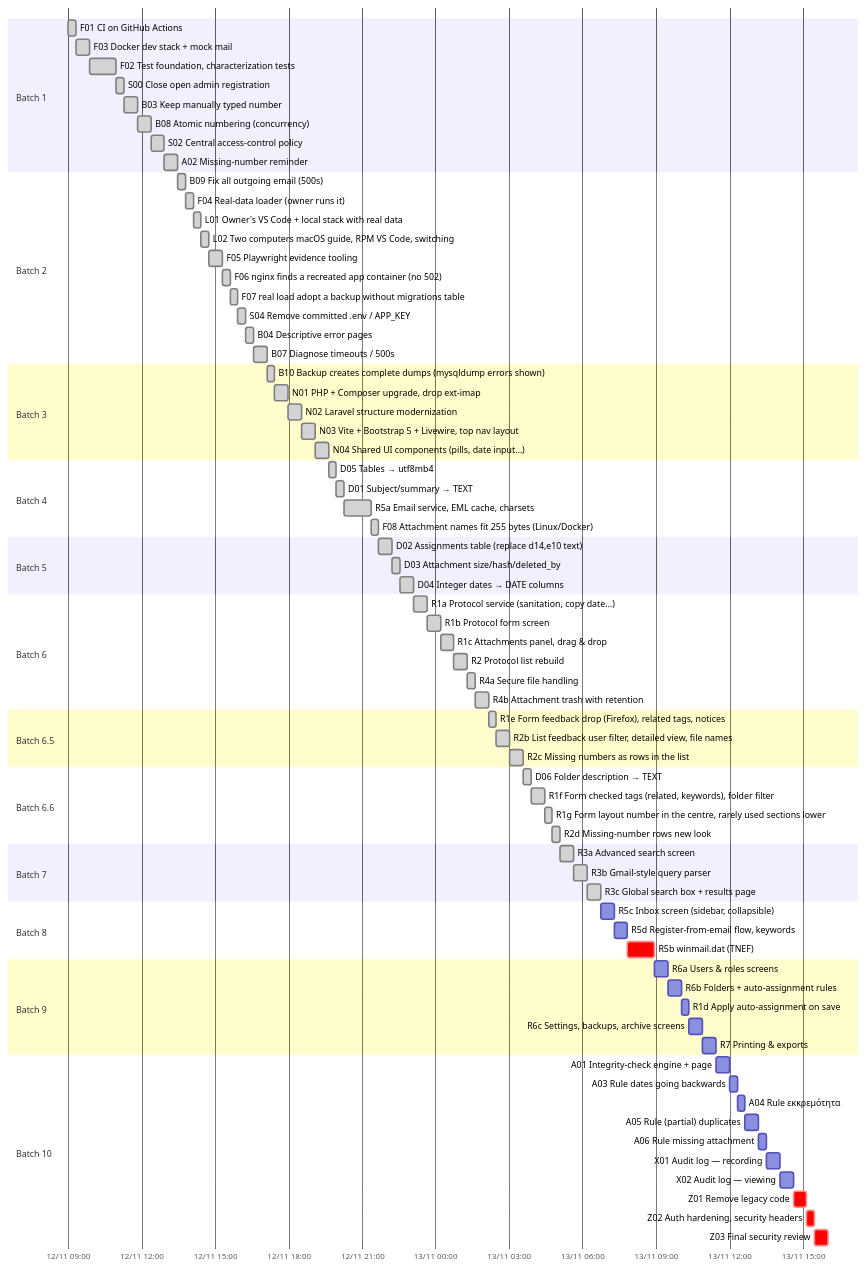
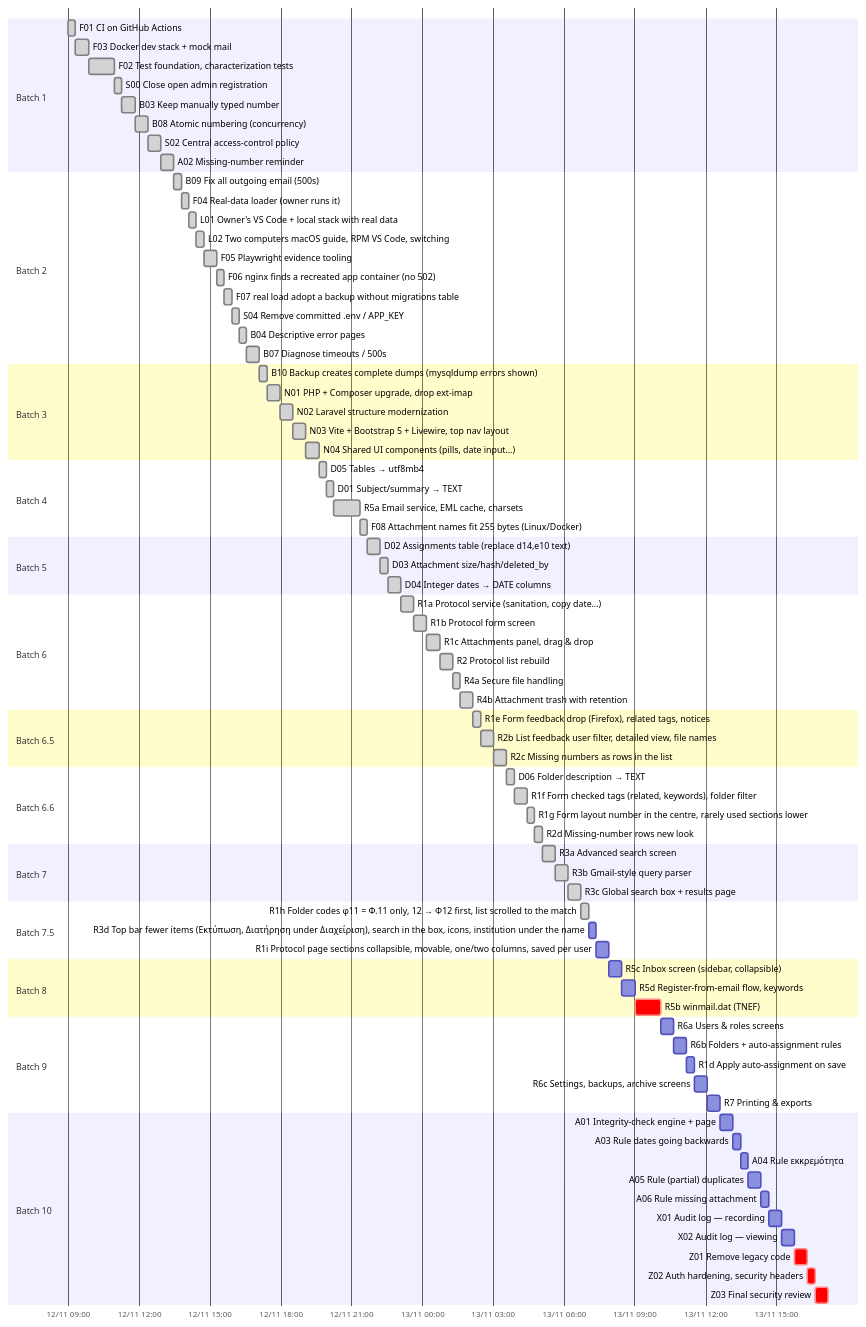
Before and after one commit to dipelaserasmus-del/electronic_protocol: the second of 2 diagrams in docs/plan/PROGRESS.md, drawn with Mermaid. The commit also changed other lines of this file and 16 other files, not shown here.

First line of the commit message:
R1h: folder codes as typed (φ11 = Φ.11 only; 12 → Φ12 first)

````diff
--- a/docs/plan/PROGRESS.md
+++ b/docs/plan/PROGRESS.md
@@ -280,25 +287,29 @@
   R3a Advanced search screen :done, r3a, 2026-11-13 05:05, 33m
   R3b Gmail-style query parser :done, r3b, 2026-11-13 05:38, 33m
   R3c Global search box + results page :done, r3c, 2026-11-13 06:11, 33m
+  section Batch 7.5
+  R1h Folder codes  φ11 = Φ.11 only, 12 → Φ12 first, list scrolled to the match :done, r1h, 2026-11-13 06:44, 19m
+  R3d Top bar  fewer items (Εκτύπωση, Διατήρηση under Διαχείριση), search in the box, icons, institution under the name :r3d, 2026-11-13 07:03, 19m
+  R1i Protocol page sections  collapsible, movable, one/two columns, saved per user :r1i, 2026-11-13 07:22, 33m
   section Batch 8
-  R5c Inbox screen (sidebar, collapsible) :r5c, 2026-11-13 06:44, 33m
-  R5d Register-from-email flow, keywords :r5d, 2026-11-13 07:17, 33m
-  R5b winmail.dat (TNEF) :crit, r5b, 2026-11-13 07:50, 66m
+  R5c Inbox screen (sidebar, collapsible) :r5c, 2026-11-13 07:55, 33m
+  R5d Register-from-email flow, keywords :r5d, 2026-11-13 08:28, 33m
+  R5b winmail.dat (TNEF) :crit, r5b, 2026-11-13 09:01, 66m
   section Batch 9
-  R6a Users & roles screens :r6a, 2026-11-13 08:56, 33m
-  R6b Folders + auto-assignment rules :r6b, 2026-11-13 09:29, 33m
-  R1d Apply auto-assignment on save :r1d, 2026-11-13 10:02, 19m
-  R6c Settings, backups, archive screens :r6c, 2026-11-13 10:21, 33m
-  R7 Printing & exports :r7, 2026-11-13 10:54, 33m
+  R6a Users & roles screens :r6a, 2026-11-13 10:07, 33m
+  R6b Folders + auto-assignment rules :r6b, 2026-11-13 10:40, 33m
+  R1d Apply auto-assignment on save :r1d, 2026-11-13 11:13, 19m
+  R6c Settings, backups, archive screens :r6c, 2026-11-13 11:32, 33m
+  R7 Printing & exports :r7, 2026-11-13 12:05, 33m
   section Batch 10
-  A01 Integrity-check engine + page :a01, 2026-11-13 11:27, 33m
-  A03 Rule  dates going backwards :a03, 2026-11-13 12:00, 19m
-  A04 Rule  εκκρεμότητα :a04, 2026-11-13 12:19, 19m
-  A05 Rule  (partial) duplicates :a05, 2026-11-13 12:38, 33m
-  A06 Rule  missing attachment :a06, 2026-11-13 13:11, 19m
-  X01 Audit log — recording :x01, 2026-11-13 13:30, 33m
-  X02 Audit log — viewing :x02, 2026-11-13 14:03, 33m
-  Z01 Remove legacy code :crit, z01, 2026-11-13 14:36, 33m
-  Z02 Auth hardening, security headers :crit, z02, 2026-11-13 15:09, 19m
-  Z03 Final security review :crit, z03, 2026-11-13 15:28, 33m
+  A01 Integrity-check engine + page :a01, 2026-11-13 12:38, 33m
+  A03 Rule  dates going backwards :a03, 2026-11-13 13:11, 19m
+  A04 Rule  εκκρεμότητα :a04, 2026-11-13 13:30, 19m
+  A05 Rule  (partial) duplicates :a05, 2026-11-13 13:49, 33m
+  A06 Rule  missing attachment :a06, 2026-11-13 14:22, 19m
+  X01 Audit log — recording :x01, 2026-11-13 14:41, 33m
+  X02 Audit log — viewing :x02, 2026-11-13 15:14, 33m
+  Z01 Remove legacy code :crit, z01, 2026-11-13 15:47, 33m
+  Z02 Auth hardening, security headers :crit, z02, 2026-11-13 16:20, 19m
+  Z03 Final security review :crit, z03, 2026-11-13 16:39, 33m
 ```
````
